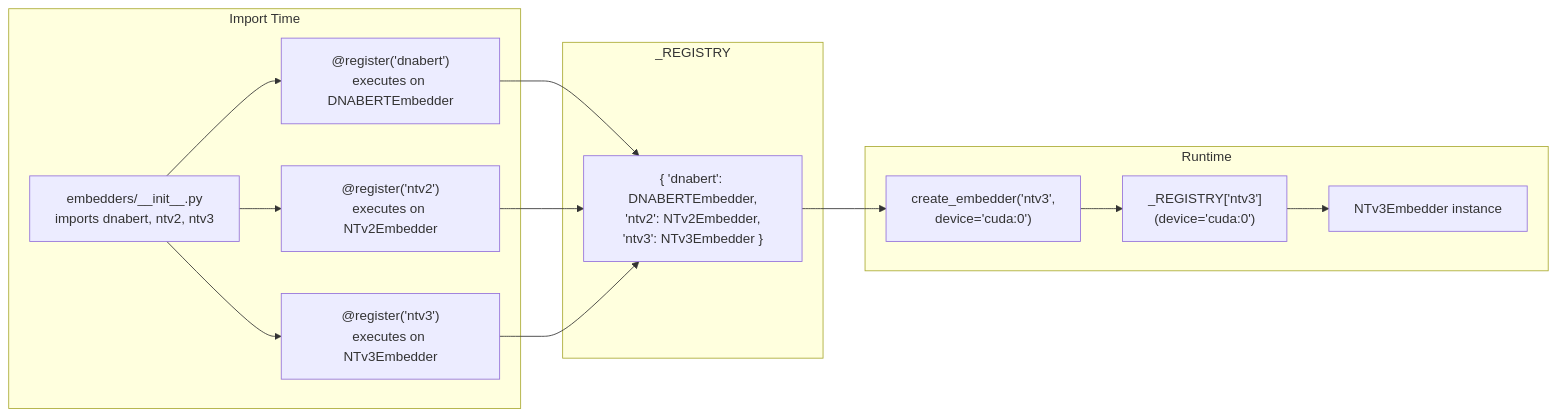
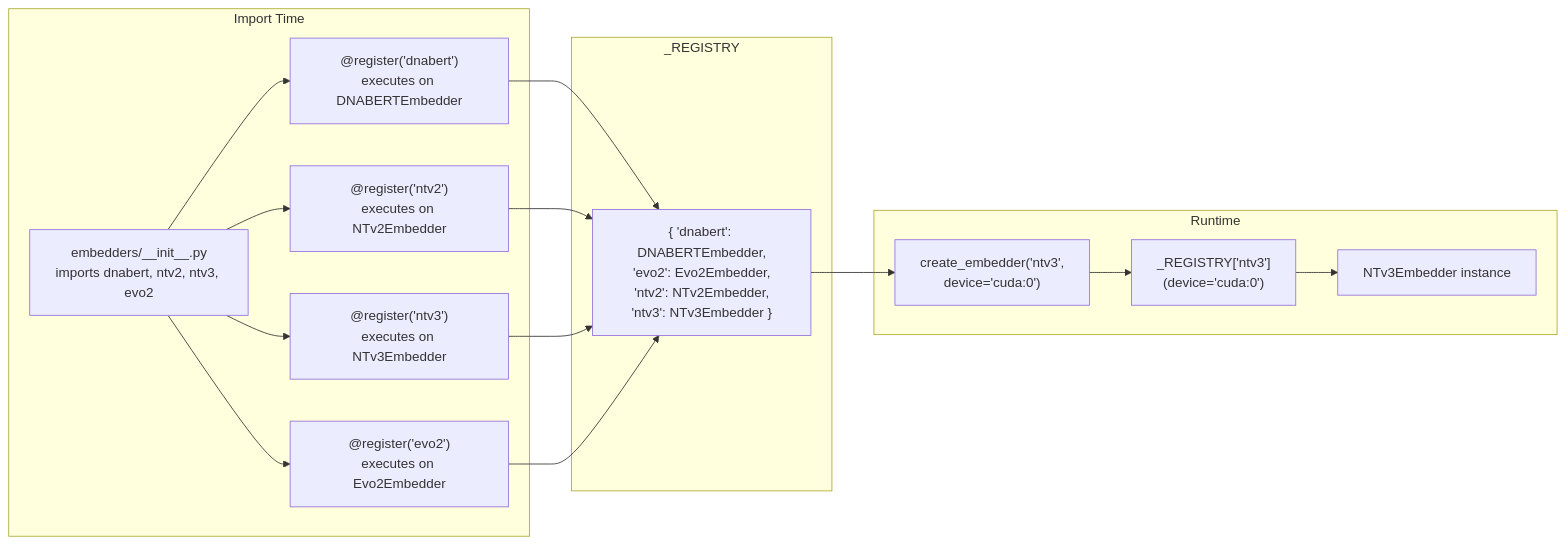
The second of 6 diagrams in doc/embedders.md (mikeleske/fasta-embed), drawn with Mermaid before and after one commit. The commit also changed other lines of this file and 3 other files, not shown here.

````diff
--- a/doc/embedders.md
+++ b/doc/embedders.md
@@ -68,23 +81,25 @@
 ```mermaid
 flowchart LR
     subgraph "Import Time"
-        A["embedders/__init__.py<br/>imports dnabert, ntv2, ntv3"] --> B["@register('dnabert')<br/>executes on DNABERTEmbedder"]
+        A["embedders/__init__.py<br/>imports dnabert, ntv2, ntv3, evo2"] --> B["@register('dnabert')<br/>executes on DNABERTEmbedder"]
         A --> C["@register('ntv2')<br/>executes on NTv2Embedder"]
         A --> D["@register('ntv3')<br/>executes on NTv3Embedder"]
+        A --> E2["@register('evo2')<br/>executes on Evo2Embedder"]
     end
 
     subgraph "_REGISTRY"
-        R["{ 'dnabert': DNABERTEmbedder,<br/>'ntv2': NTv2Embedder,<br/>'ntv3': NTv3Embedder }"]
+        R["{ 'dnabert': DNABERTEmbedder,<br/>'evo2': Evo2Embedder,<br/>'ntv2': NTv2Embedder,<br/>'ntv3': NTv3Embedder }"]
     end
 
     B --> R
     C --> R
     D --> R
+    E2 --> R
 
     subgraph "Runtime"
         E["create_embedder('ntv3',<br/>device='cuda:0')"] --> F["_REGISTRY['ntv3']<br/>(device='cuda:0')"]
         F --> G["NTv3Embedder instance"]
     end
 
     R --> E
 ```
````
